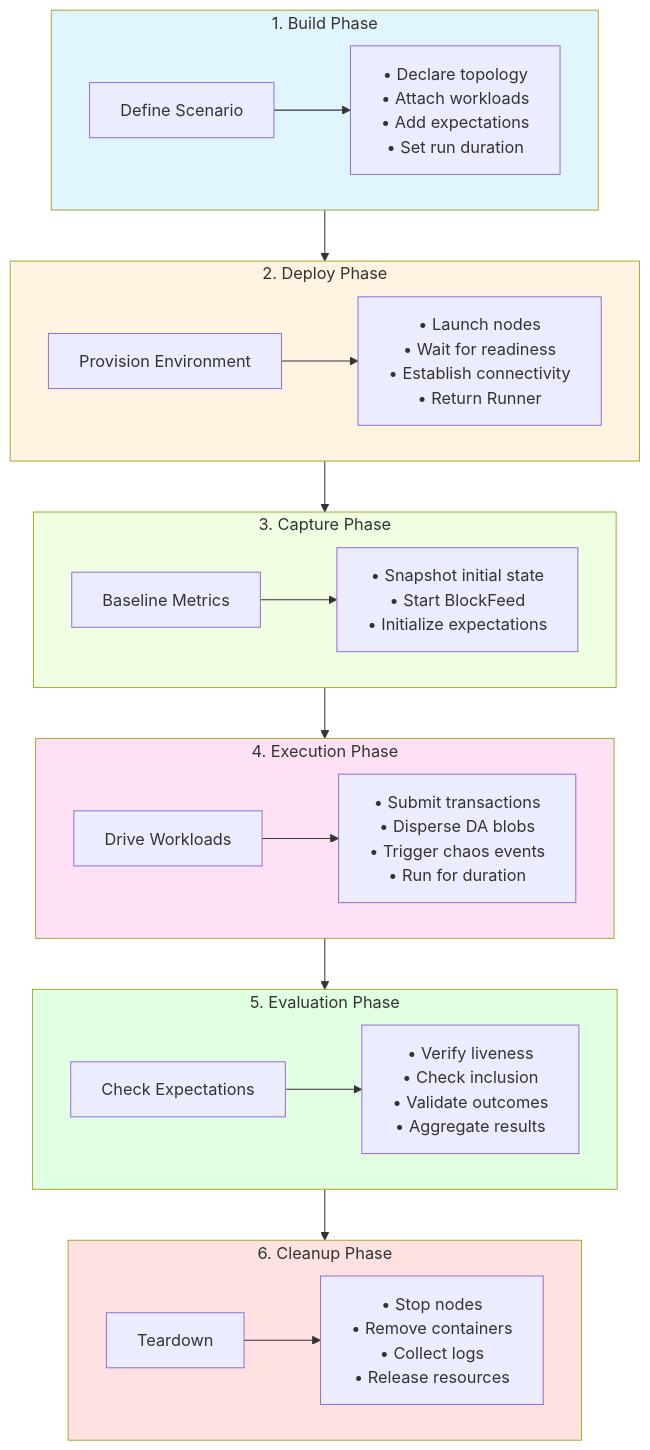
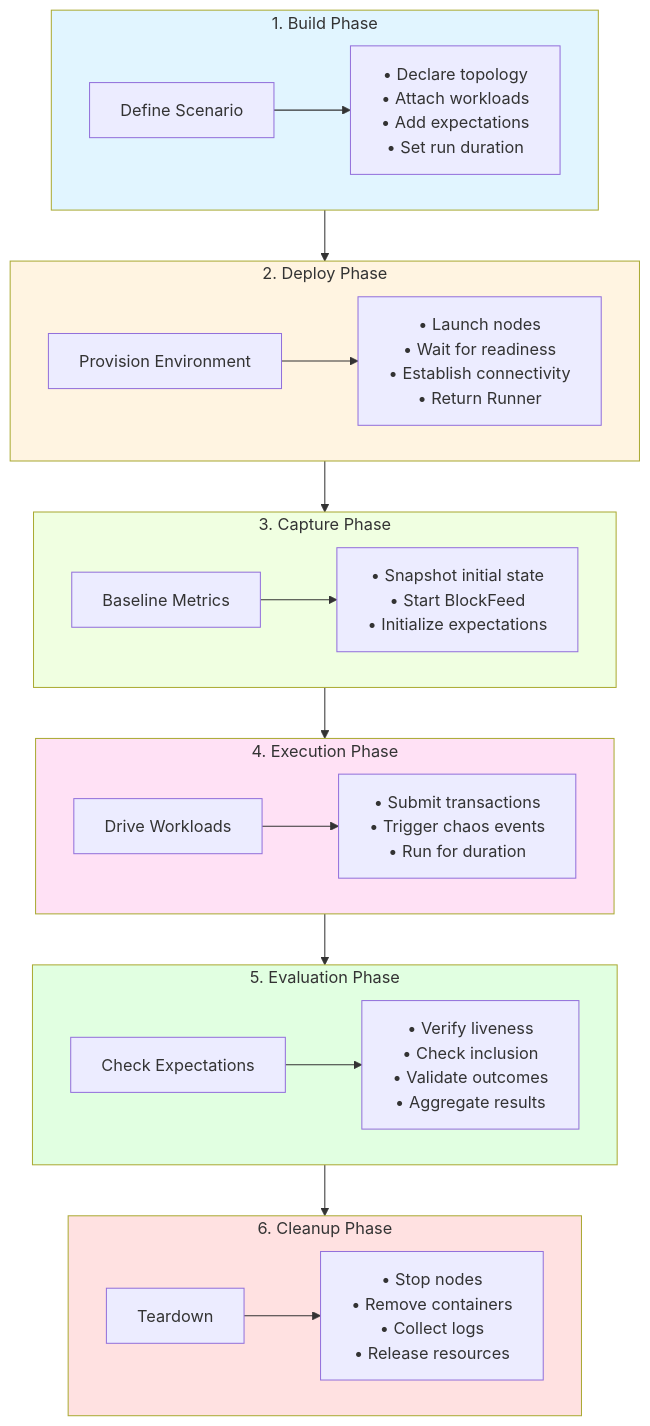
Before and after one commit to logos-blockchain/logos-blockchain-testing: the diagram in book/src/scenario-lifecycle.md, drawn with Mermaid. The commit also changed other lines of this file and 82 other files, not shown here.

````diff
--- a/book/src/scenario-lifecycle.md
+++ b/book/src/scenario-lifecycle.md
@@ -5,51 +5,51 @@
 ```mermaid
 flowchart TB
     subgraph Phase1["1. Build Phase"]
         Build[Define Scenario]
         BuildDetails["• Declare topology<br/>• Attach workloads<br/>• Add expectations<br/>• Set run duration"]
         Build --> BuildDetails
     end
     
     subgraph Phase2["2. Deploy Phase"]
         Deploy[Provision Environment]
         DeployDetails["• Launch nodes<br/>• Wait for readiness<br/>• Establish connectivity<br/>• Return Runner"]
         Deploy --> DeployDetails
     end
     
     subgraph Phase3["3. Capture Phase"]
         Capture[Baseline Metrics]
         CaptureDetails["• Snapshot initial state<br/>• Start BlockFeed<br/>• Initialize expectations"]
         Capture --> CaptureDetails
     end
     
     subgraph Phase4["4. Execution Phase"]
         Execute[Drive Workloads]
-        ExecuteDetails["• Submit transactions<br/>• Disperse DA blobs<br/>• Trigger chaos events<br/>• Run for duration"]
+        ExecuteDetails["• Submit transactions<br/>• Trigger chaos events<br/>• Run for duration"]
         Execute --> ExecuteDetails
     end
     
     subgraph Phase5["5. Evaluation Phase"]
         Evaluate[Check Expectations]
         EvaluateDetails["• Verify liveness<br/>• Check inclusion<br/>• Validate outcomes<br/>• Aggregate results"]
         Evaluate --> EvaluateDetails
     end
     
     subgraph Phase6["6. Cleanup Phase"]
         Cleanup[Teardown]
         CleanupDetails["• Stop nodes<br/>• Remove containers<br/>• Collect logs<br/>• Release resources"]
         Cleanup --> CleanupDetails
     end
     
     Phase1 --> Phase2
     Phase2 --> Phase3
     Phase3 --> Phase4
     Phase4 --> Phase5
     Phase5 --> Phase6
     
     style Phase1 fill:#e1f5ff
     style Phase2 fill:#fff4e1
     style Phase3 fill:#f0ffe1
     style Phase4 fill:#ffe1f5
     style Phase5 fill:#e1ffe1
     style Phase6 fill:#ffe1e1
 ```
````
